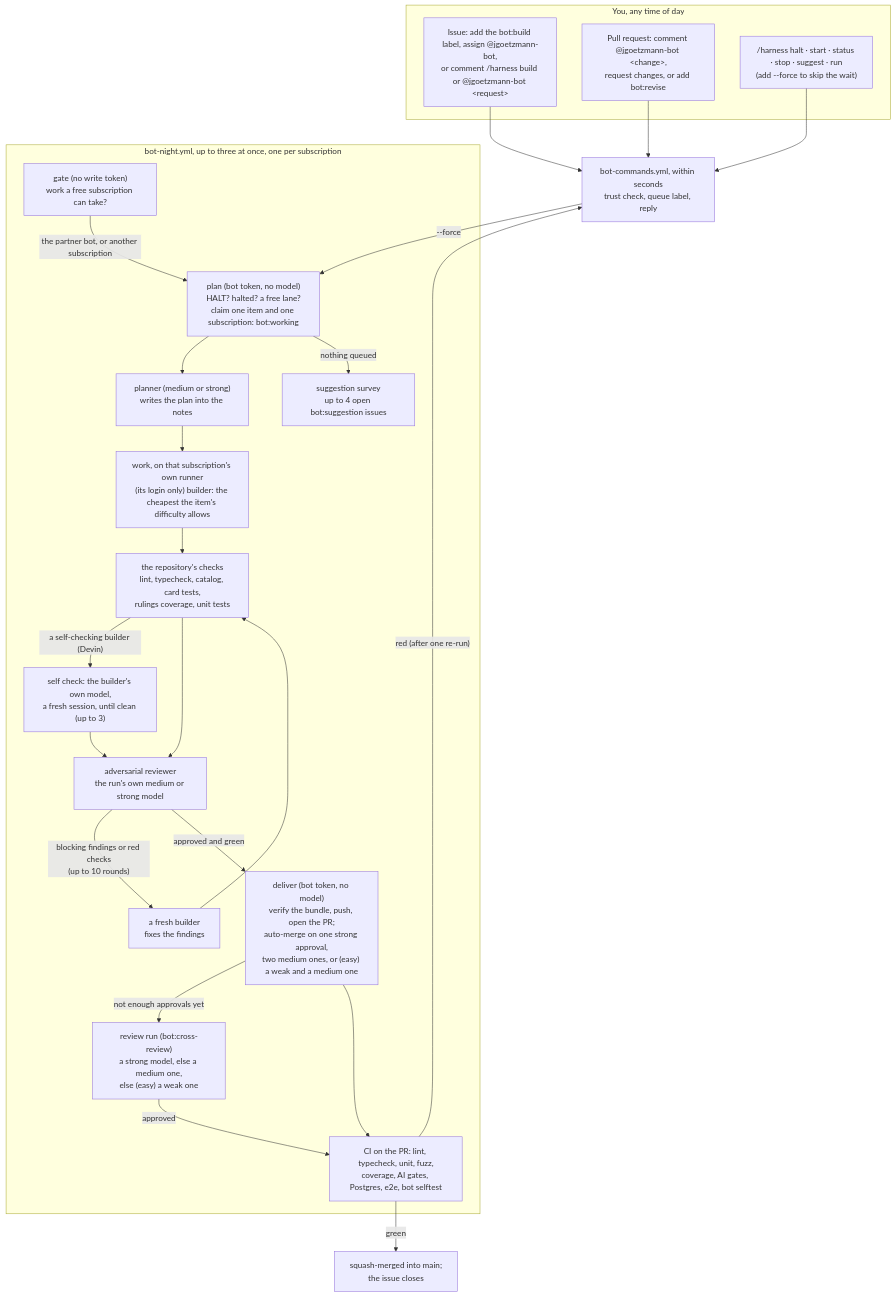
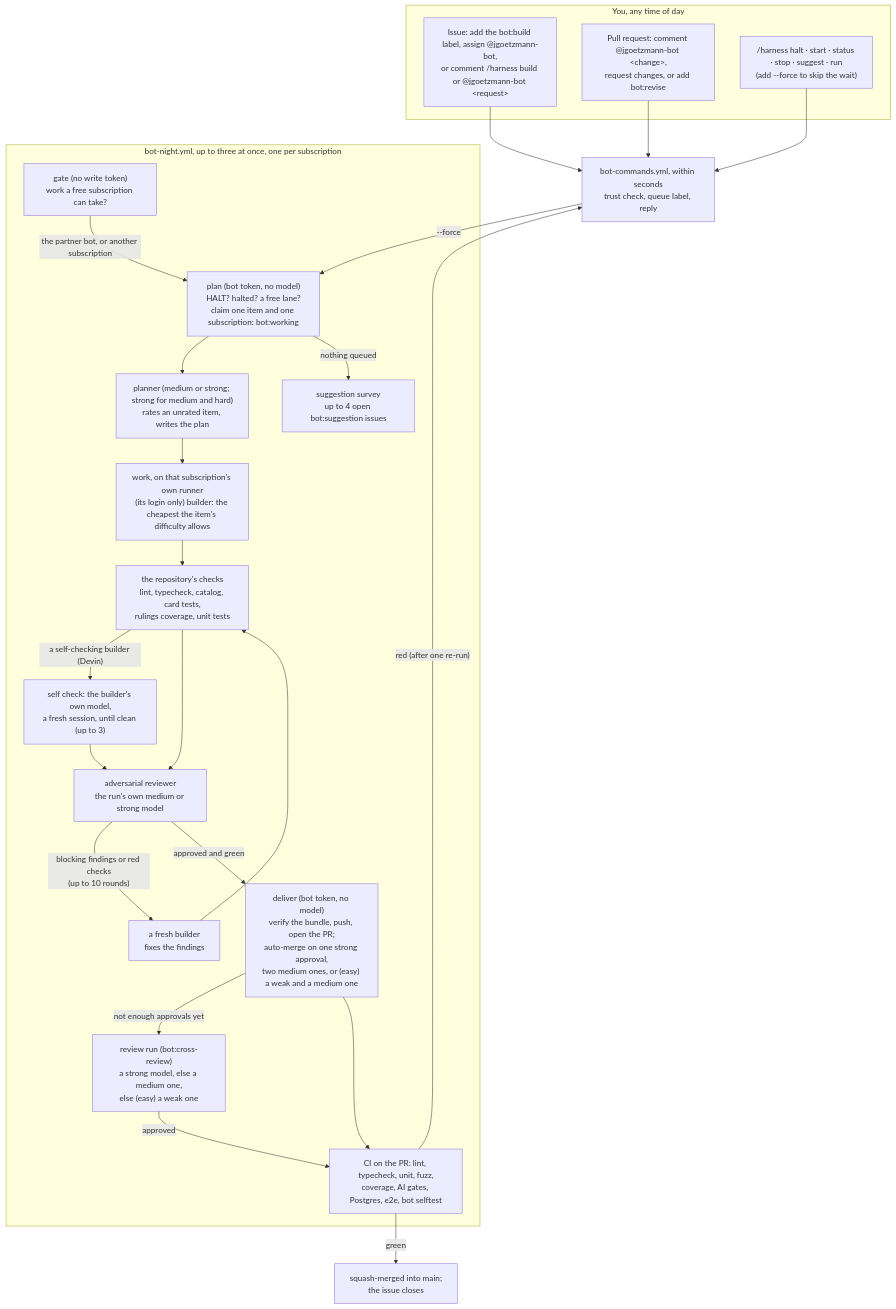
The diagram in bot/README.md (Jlore-Studios/JackiOh), drawn with Mermaid before and after one commit. The commit also changed other lines of this file and 5 other files, not shown here.

````diff
--- a/bot/README.md
+++ b/bot/README.md
@@ -25,33 +27,33 @@
 ```mermaid
 flowchart TD
   subgraph you["You, any time of day"]
     I["Issue: add the bot:build label, assign @jgoetzmann-bot,<br/>or comment /harness build or @jgoetzmann-bot &lt;request&gt;"]
     P["Pull request: comment @jgoetzmann-bot &lt;change&gt;,<br/>request changes, or add bot:revise"]
     K["/harness halt · start · status · stop · suggest · run<br/>(add --force to skip the wait)"]
   end
   I --> E
   P --> E
   K --> E
   E["bot-commands.yml, within seconds<br/>trust check, queue label, reply"]
   E -- "--force" --> PL
   subgraph night["bot-night.yml, up to three at once, one per subscription"]
     GA["gate (no write token)<br/>work a free subscription can take?"]
     GA -- "the partner bot, or another subscription" --> PL
     PL["plan (bot token, no model)<br/>HALT? halted? a free lane?<br/>claim one item and one subscription: bot:working"]
-    PL --> PN["planner (medium or strong)<br/>writes the plan into the notes"]
+    PL --> PN["planner (medium or strong; strong for medium and hard)<br/>rates an unrated item, writes the plan"]
     PN --> B["work, on that subscription's own runner<br/>(its login only) builder: the cheapest the item's difficulty allows"]
     B --> G["the repository's checks<br/>lint, typecheck, catalog, card tests,<br/>rulings coverage, unit tests"]
     G -- "a self-checking builder (Devin)" --> SC["self check: the builder's own model,<br/>a fresh session, until clean (up to 3)"]
     SC --> R
     G --> R["adversarial reviewer<br/>the run's own medium or strong model"]
     R -- "blocking findings or red checks<br/>(up to 10 rounds)" --> F["a fresh builder<br/>fixes the findings"]
     F --> G
     R -- "approved and green" --> D["deliver (bot token, no model)<br/>verify the bundle, push, open the PR;<br/>auto-merge on one strong approval,<br/>two medium ones, or (easy) a weak and a medium one"]
     D -- "not enough approvals yet" --> X["review run (bot:cross-review)<br/>a strong model, else a medium one,<br/>else (easy) a weak one"]
     X -- "approved" --> CI
     PL -- "nothing queued" --> S["suggestion survey<br/>up to 4 open bot:suggestion issues"]
   end
   D --> CI["CI on the PR: lint, typecheck, unit, fuzz,<br/>coverage, AI gates, Postgres, e2e, bot selftest"]
   CI -- "green" --> M["squash-merged into main;<br/>the issue closes"]
   CI -- "red (after one re-run)" --> E
 ```
````
